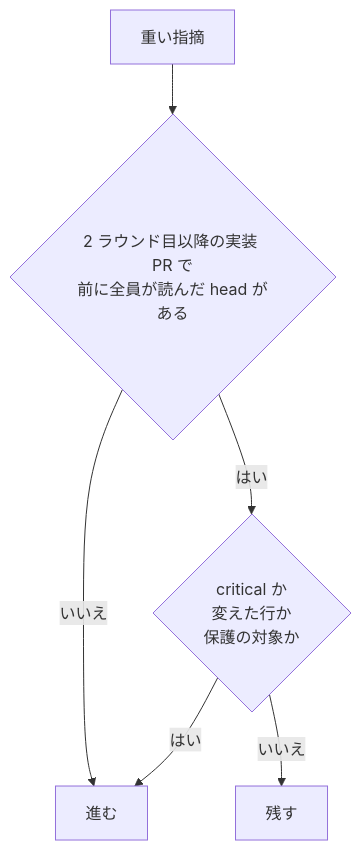
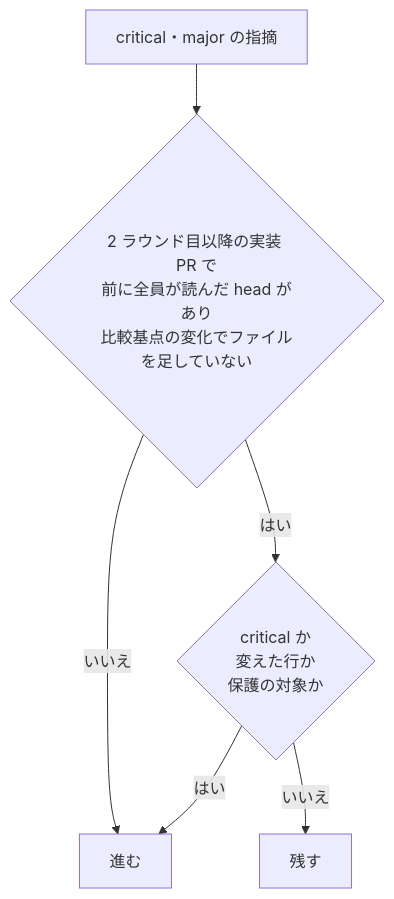
One commit to devbasex/ai-plugins changed the third of 3 diagrams in issues/issue-3780-design.md. Above: the diagram before and after it, drawn with Mermaid. The commit also changed other lines of this file and 6 other files, not shown here.

````diff
--- a/issues/issue-3780-design.md
+++ b/issues/issue-3780-design.md
@@ -188,8 +190,8 @@
 ```mermaid
 flowchart TD
-    A[重い指摘] --> B{2 ラウンド目以降の実装 PR で<br>前に全員が読んだ head がある}
+    A[critical・major の指摘] --> B{2 ラウンド目以降の実装 PR で<br>前に全員が読んだ head があり<br>比較基点の変化でファイルを足していない}
     B -->|いいえ| P[進む]
     B -->|はい| C{critical か<br>変えた行か<br>保護の対象か}
     C -->|はい| P
     C -->|いいえ| Q[残す]
 ```
````
